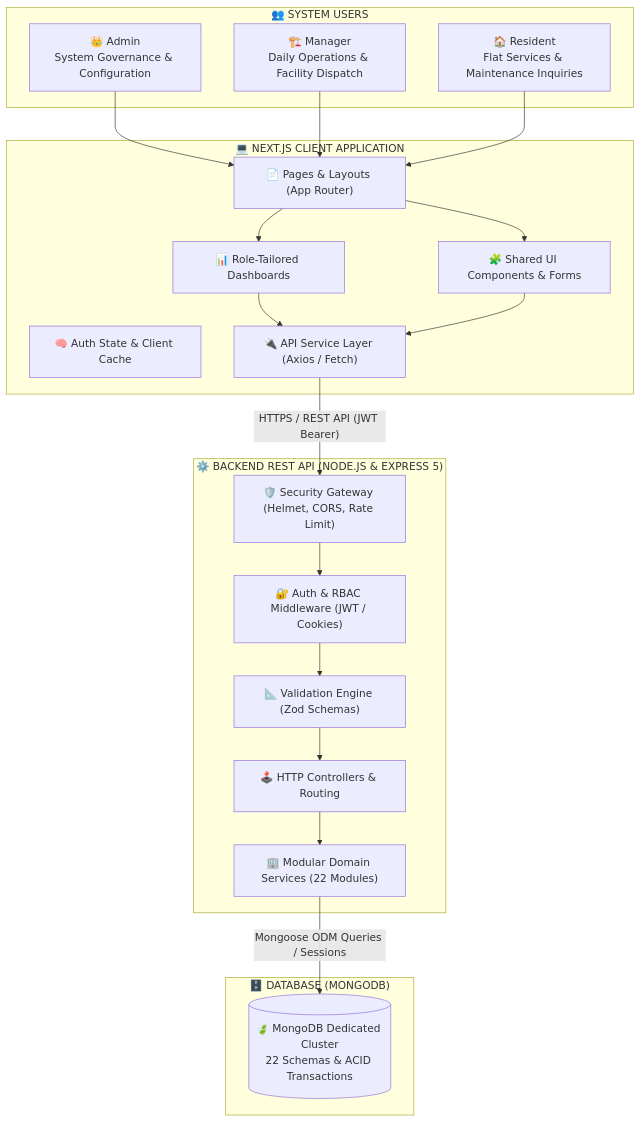
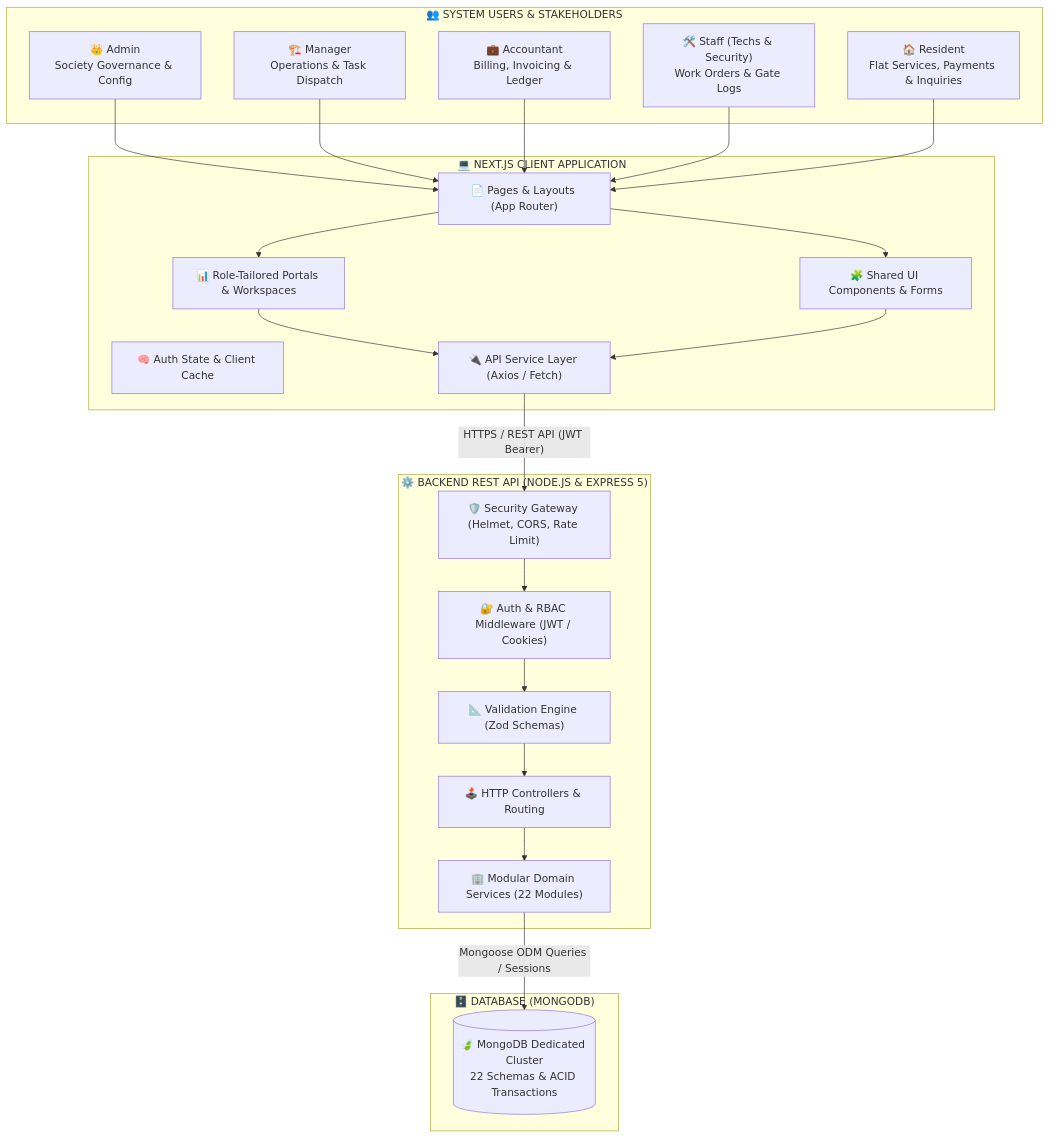
One commit to umarxcodes/flat-maintenance-system changed the first of 12 diagrams in flat-maintenance-backend/docs/BACKEND_TECHNICAL_DOCUMENTATION.md. Above: the diagram before and after it, drawn with Mermaid. The commit also changed other lines of this file, not shown here.

Commit message:
docs: complete production architecture blueprint with ADRs, gap analysis, and quality gates

````diff
--- a/flat-maintenance-backend/docs/BACKEND_TECHNICAL_DOCUMENTATION.md
+++ b/flat-maintenance-backend/docs/BACKEND_TECHNICAL_DOCUMENTATION.md
@@ -165,42 +174,46 @@
 ```mermaid
 graph TD
-    subgraph UsersTier["👥 SYSTEM USERS"]
-        Admin["👑 Admin<br/>System Governance & Configuration"]
-        Manager["🏗️ Manager<br/>Daily Operations & Facility Dispatch"]
-        Resident["🏠 Resident<br/>Flat Services & Maintenance Inquiries"]
+    subgraph UsersTier["👥 SYSTEM USERS & STAKEHOLDERS"]
+        Admin["👑 Admin<br/>Society Governance & Config"]
+        Manager["🏗️ Manager<br/>Operations & Task Dispatch"]
+        Accountant["💼 Accountant<br/>Billing, Invoicing & Ledger"]
+        Staff["🛠️ Staff (Techs & Security)<br/>Work Orders & Gate Logs"]
+        Resident["🏠 Resident<br/>Flat Services, Payments & Inquiries"]
     end
 
     subgraph ClientTier["💻 NEXT.JS CLIENT APPLICATION"]
         Pages["📄 Pages & Layouts (App Router)"]
-        Dashboards["📊 Role-Tailored Dashboards"]
+        Dashboards["📊 Role-Tailored Portals & Workspaces"]
         Components["🧩 Shared UI Components & Forms"]
         ClientState["🧠 Auth State & Client Cache"]
         ApiClient["🔌 API Service Layer (Axios / Fetch)"]
     end
 
     subgraph BackendTier["⚙️ BACKEND REST API (NODE.JS & EXPRESS 5)"]
         Gateways["🛡️ Security Gateway (Helmet, CORS, Rate Limit)"]
         AuthModule["🔐 Auth & RBAC Middleware (JWT / Cookies)"]
         Validation["📐 Validation Engine (Zod Schemas)"]
         Controllers["🕹️ HTTP Controllers & Routing"]
         BusinessLogic["🏢 Modular Domain Services (22 Modules)"]
     end
 
     subgraph DataTier["🗄️ DATABASE (MONGODB)"]
         MongoDb[("🍃 MongoDB Dedicated Cluster<br/>22 Schemas & ACID Transactions")]
     end
 
     Admin --> Pages
     Manager --> Pages
+    Accountant --> Pages
+    Staff --> Pages
     Resident --> Pages
     Pages --> Dashboards
     Pages --> Components
     Dashboards --> ApiClient
     Components --> ApiClient
     ApiClient -->|"HTTPS / REST API (JWT Bearer)"| Gateways
     Gateways --> AuthModule
     AuthModule --> Validation
     Validation --> Controllers
     Controllers --> BusinessLogic
     BusinessLogic -->|"Mongoose ODM Queries / Sessions"| MongoDb
 ```
````
